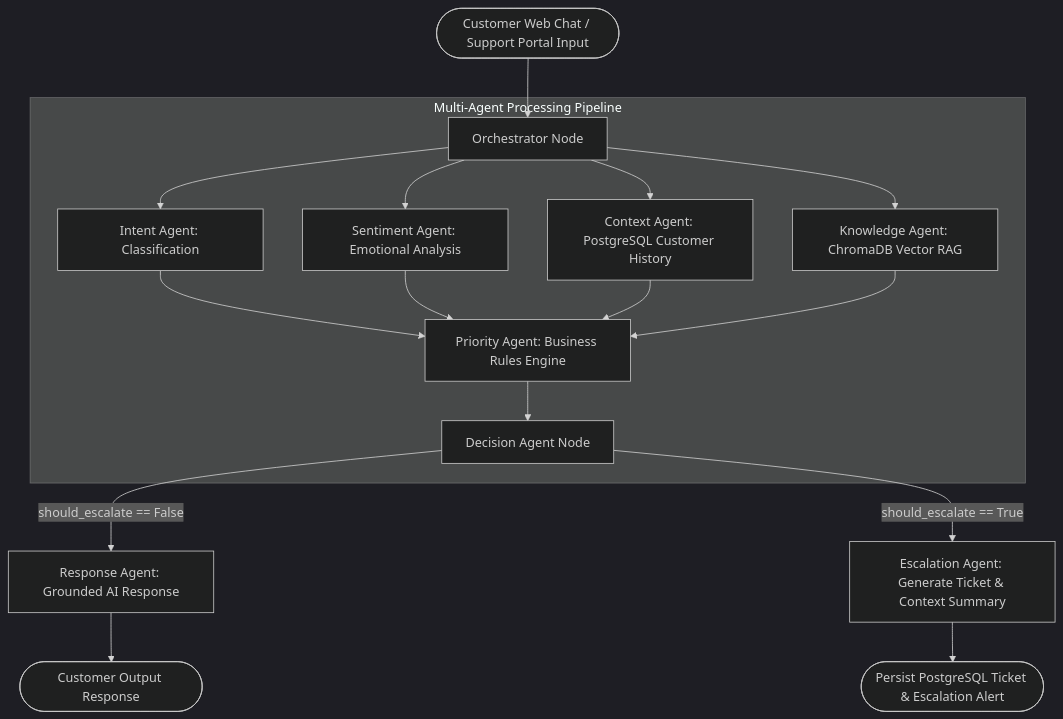
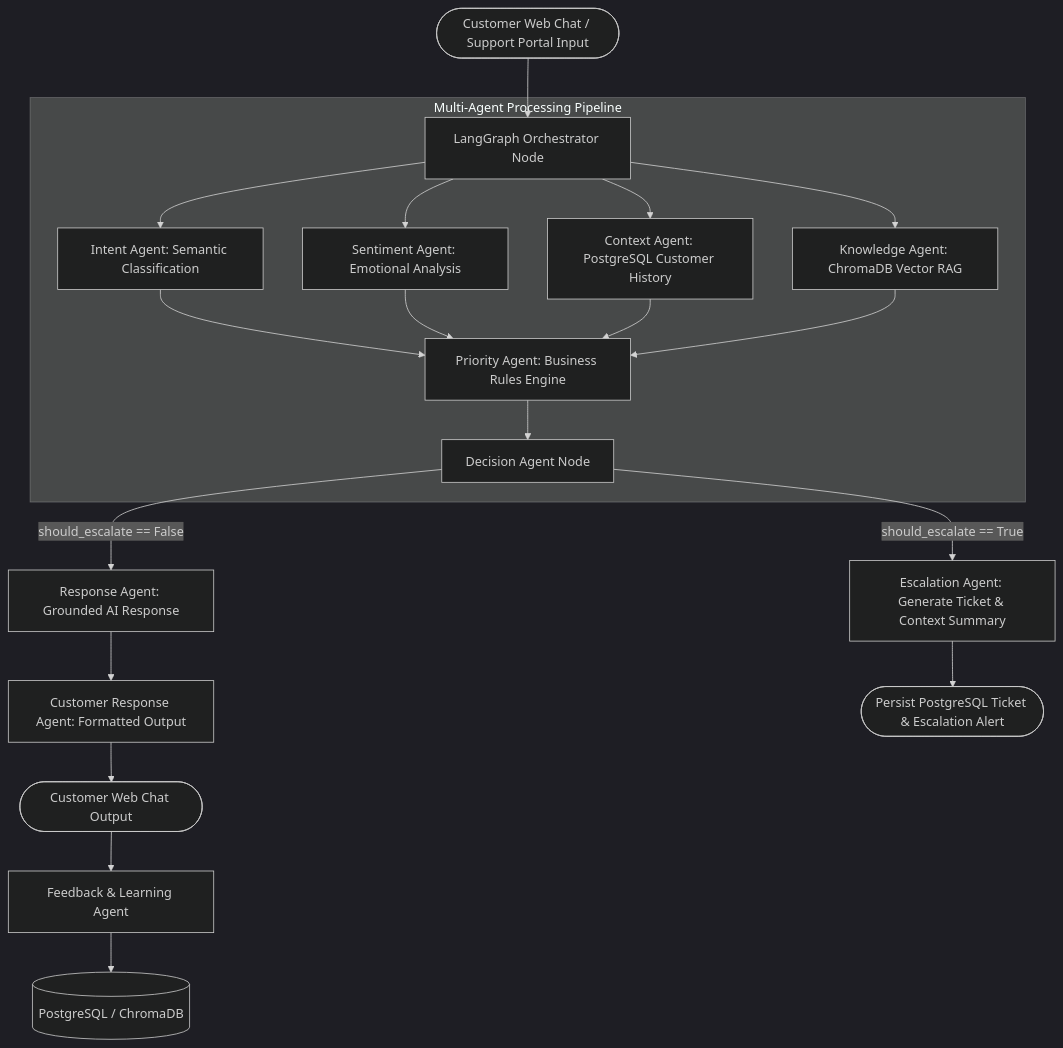
One commit to Hyfa2308/Agentic_AI_Project changed the diagram in README.md. Above: the diagram before and after it, drawn with Mermaid (dark theme). The commit also changed other lines of this file and 46 other files, not shown here.

````diff
--- a/README.md
+++ b/README.md
@@ -9,24 +9,28 @@
 ```mermaid
 graph TD
-    Start([Customer Web Chat / Support Portal Input]) --> AnalyzePhase[Orchestrator Node]
+    Start([Customer Web Chat / Support Portal Input]) --> AnalyzePhase[LangGraph Orchestrator Node]
     
     subgraph Multi-Agent Processing Pipeline
-        AnalyzePhase --> IntentAgent[Intent Agent: Classification]
+        AnalyzePhase --> IntentAgent[Intent Agent: Semantic Classification]
         AnalyzePhase --> SentimentAgent[Sentiment Agent: Emotional Analysis]
         AnalyzePhase --> ContextAgent[Context Agent: PostgreSQL Customer History]
         AnalyzePhase --> KnowledgeAgent[Knowledge Agent: ChromaDB Vector RAG]
         
         IntentAgent --> PriorityAgent[Priority Agent: Business Rules Engine]
         SentimentAgent --> PriorityAgent
         ContextAgent --> PriorityAgent
         KnowledgeAgent --> PriorityAgent
         
         PriorityAgent --> DecisionNode[Decision Agent Node]
-    end
+      end
     
     DecisionNode -->|should_escalate == False| ResponseAgent[Response Agent: Grounded AI Response]
     DecisionNode -->|should_escalate == True| EscalationAgent[Escalation Agent: Generate Ticket & Context Summary]
     
-    ResponseAgent --> ChatOutput([Customer Output Response])
+    ResponseAgent --> CustomerResponse[Customer Response Agent: Formatted Output]
+    CustomerResponse --> ChatOutput([Customer Web Chat Output])
     EscalationAgent --> DashboardOutput([Persist PostgreSQL Ticket & Escalation Alert])
+    
+    ChatOutput --> FeedbackAgent[Feedback & Learning Agent]
+    FeedbackAgent --> DataStore[(PostgreSQL / ChromaDB)]
 ```
````
